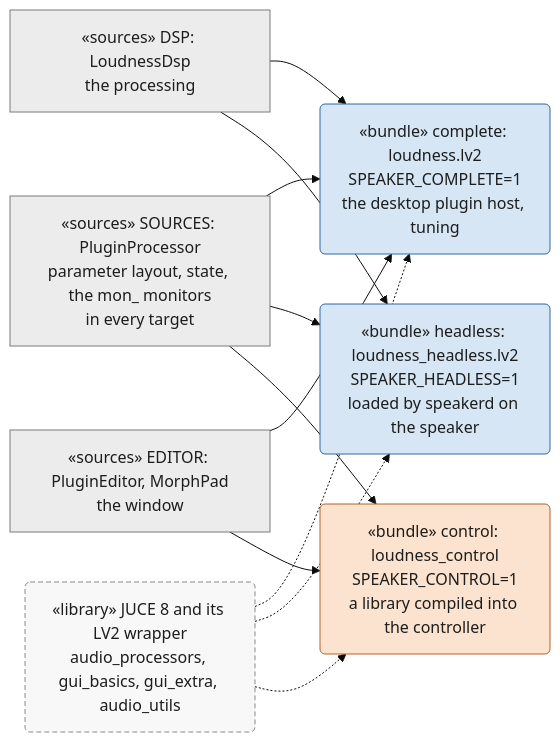
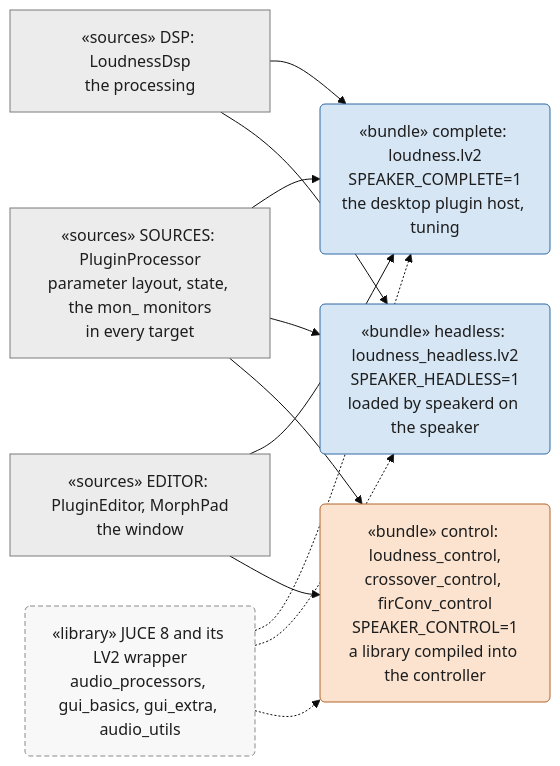
One commit to AMuszkat/bpi_amp_platform changed diagram 14 of 19 in docs/remote-plugin-host.md. Above: the diagram before and after it, drawn with Mermaid (base theme). The commit also changed other lines of this file and 7 other files, not shown here.

First line of the commit message:
controller: crossover and firConv compiled in as control builds, with their editors and real pins

````diff
--- a/docs/remote-plugin-host.md
+++ b/docs/remote-plugin-host.md
@@ -1252,28 +1252,28 @@
 ```mermaid
 flowchart LR
     classDef ctl fill:#fbe3cf,stroke:#b4642a,color:#1d1d1d
     classDef aud fill:#d6e6f5,stroke:#2f6aa3,color:#1d1d1d
     classDef sto fill:#ececec,stroke:#7a7a7a,color:#1d1d1d
     classDef hw fill:#dcefd9,stroke:#3d8a3a,color:#1d1d1d
     classDef sys fill:#f3f0d9,stroke:#9a8a2a,color:#1d1d1d
     classDef lib fill:#f8f8f8,stroke:#8a8a8a,color:#1d1d1d,stroke-dasharray:5 3
 
     proc["«sources» SOURCES: PluginProcessor<br/>parameter layout, state, the mon_ monitors<br/>in every target"]:::sto
     dsp["«sources» DSP: LoudnessDsp<br/>the processing"]:::sto
     ed["«sources» EDITOR: PluginEditor, MorphPad<br/>the window"]:::sto
     juce("«library» JUCE 8 and its LV2 wrapper<br/>audio_processors, gui_basics, gui_extra, audio_utils"):::lib
     complete("«bundle» complete: loudness.lv2<br/>SPEAKER_COMPLETE=1<br/>the desktop plugin host, tuning"):::aud
     headless("«bundle» headless: loudness_headless.lv2<br/>SPEAKER_HEADLESS=1<br/>loaded by speakerd on the speaker"):::aud
-    control("«bundle» control: loudness_control<br/>SPEAKER_CONTROL=1<br/>a library compiled into the controller"):::ctl
+    control("«bundle» control: loudness_control,<br/>crossover_control, firConv_control<br/>SPEAKER_CONTROL=1<br/>a library compiled into the controller"):::ctl
 
     proc --> complete
     dsp --> complete
     ed --> complete
     proc --> headless
     dsp --> headless
     proc --> control
     ed --> control
     juce -.-> complete
     juce -.-> headless
     juce -.-> control
 ```
````
